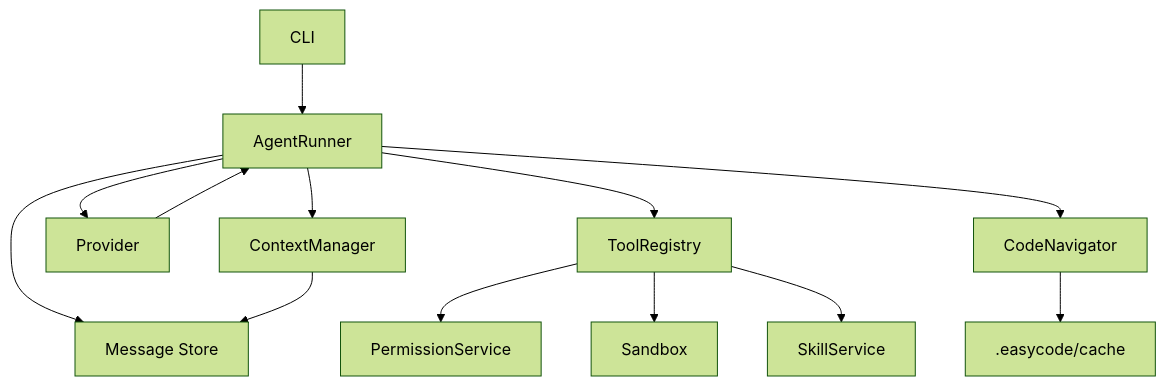
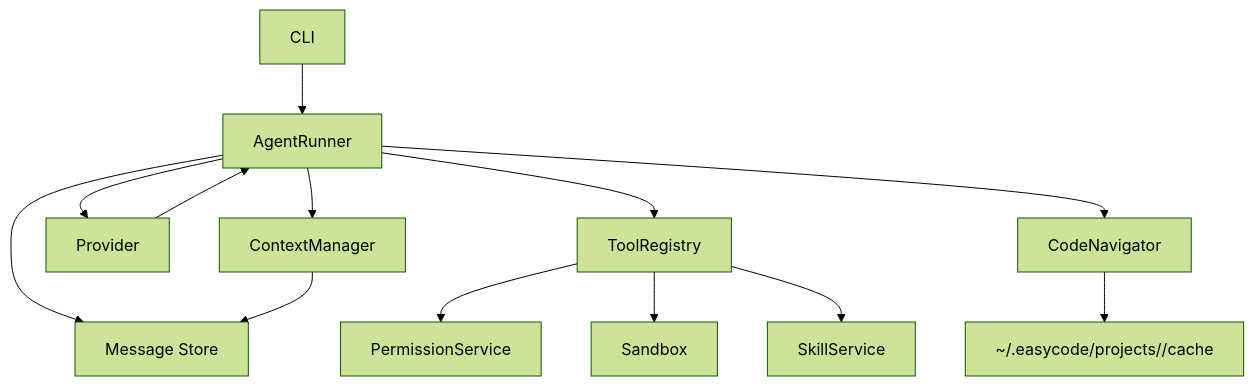
One commit to jay-cheung/easycode changed the diagram in specs/001-architecture.md. Above: the diagram before and after it, drawn with Mermaid (forest theme). The commit also changed 18 other files, not shown here.

````diff
--- a/specs/001-architecture.md
+++ b/specs/001-architecture.md
@@ -27,15 +27,15 @@
 ```mermaid
 flowchart TD
   CLI[CLI] --> Agent[AgentRunner]
   Agent --> Context[ContextManager]
   Agent --> Provider[Provider]
   Provider --> Agent
   Agent --> Registry[ToolRegistry]
   Agent --> CodeNav[CodeNavigator]
-  CodeNav --> Cache[.easycode/cache]
+  CodeNav --> Cache["~/.easycode/projects/<hash>/cache"]
   Registry --> Permission[PermissionService]
   Registry --> Sandbox[Sandbox]
   Registry --> Skill[SkillService]
   Agent --> Message[Message Store]
   Context --> Message
 ```
````
